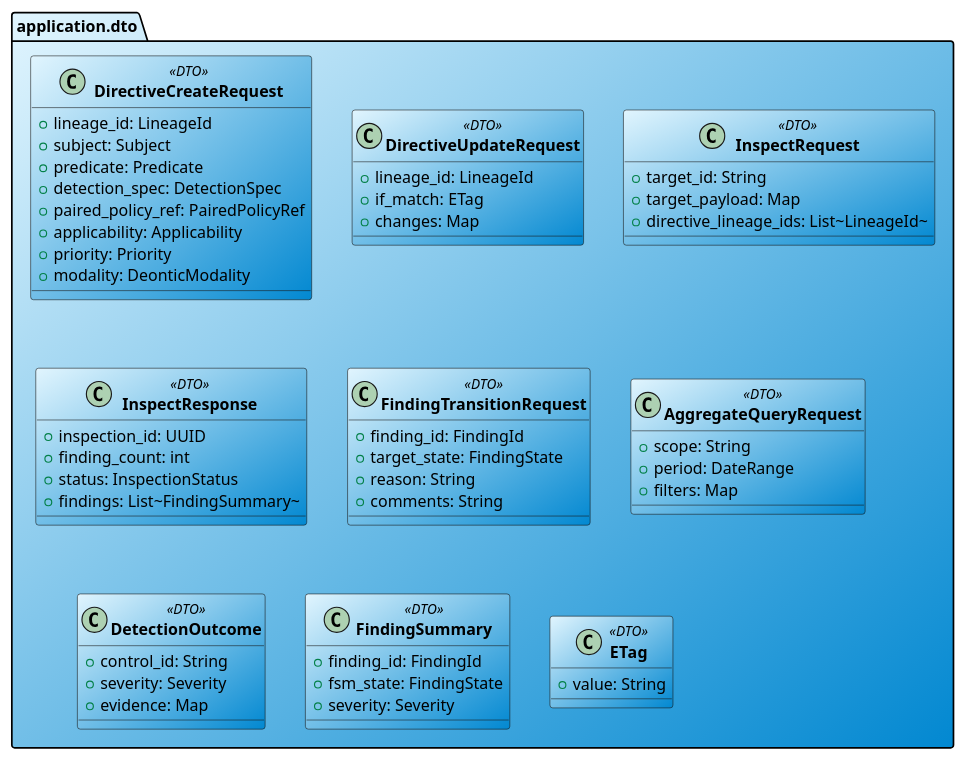
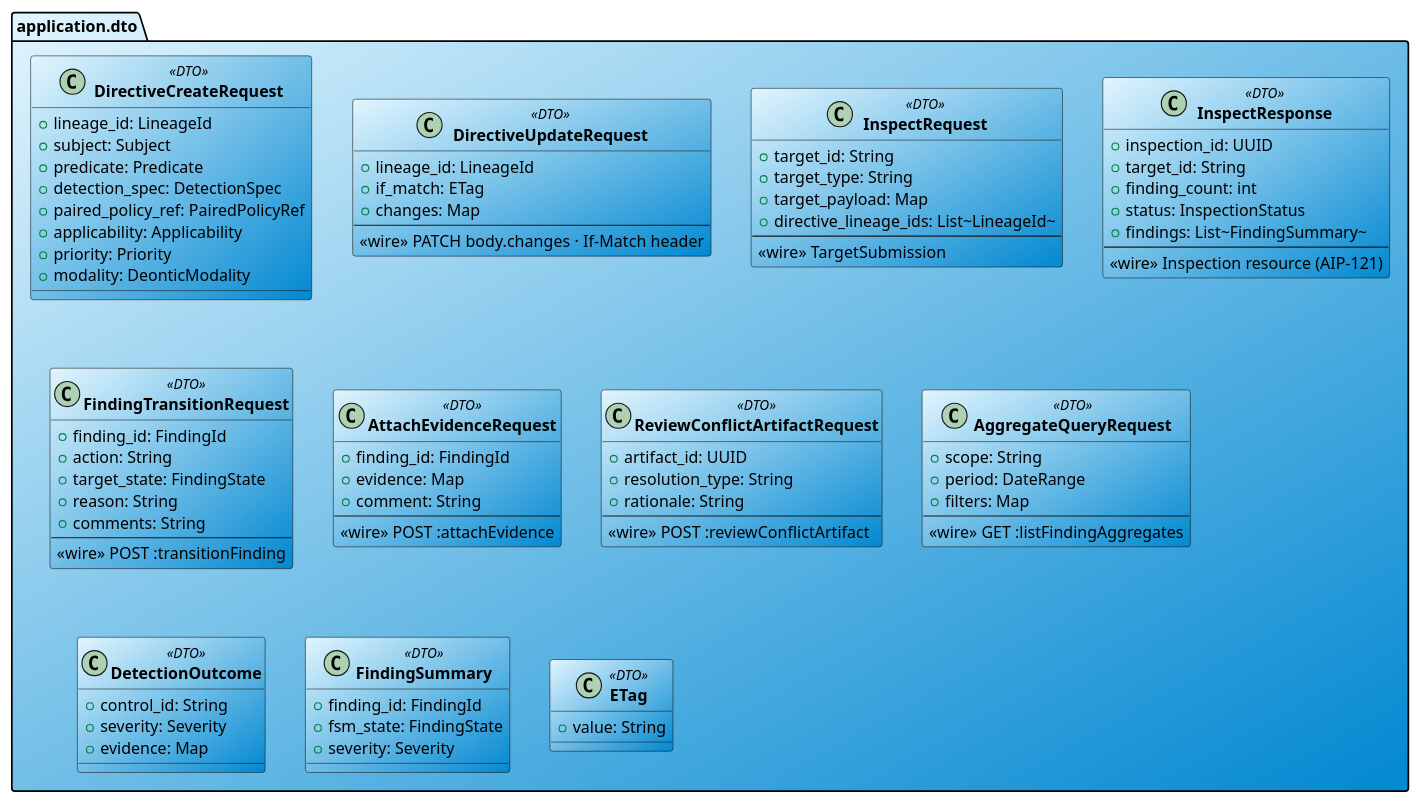
The diagram in docs/class/common/cd_section_app_dto.puml (salimnamvar/selma), drawn with PlantUML before and after one commit. The commit also changed 26 other files, not shown here.

```diff
--- a/docs/class/common/cd_section_app_dto.puml
+++ b/docs/class/common/cd_section_app_dto.puml
@@ -1,67 +1,96 @@
 ' Section: cd_section_app_dto.puml
 
 package "application.dto" as DTO_PKG #E1F5FE/0288D1 {
 
   class "**DirectiveCreateRequest**" as DirectiveCreateRequest <<DTO>> #E1F5FE/0288D1 {
     + lineage_id: LineageId
     + subject: Subject
     + predicate: Predicate
     + detection_spec: DetectionSpec
     + paired_policy_ref: PairedPolicyRef
     + applicability: Applicability
     + priority: Priority
     + modality: DeonticModality
   }
 
   class "**DirectiveUpdateRequest**" as DirectiveUpdateRequest <<DTO>> #E1F5FE/0288D1 {
     + lineage_id: LineageId
     + if_match: ETag
     + changes: Map
+    --
+    <<wire>> PATCH body.changes · If-Match header
   }
 
   class "**InspectRequest**" as InspectRequest <<DTO>> #E1F5FE/0288D1 {
     + target_id: String
+    + target_type: String
     + target_payload: Map
     + directive_lineage_ids: List~LineageId~
+    --
+    <<wire>> TargetSubmission
   }
 
   class "**InspectResponse**" as InspectResponse <<DTO>> #E1F5FE/0288D1 {
     + inspection_id: UUID
+    + target_id: String
     + finding_count: int
     + status: InspectionStatus
     + findings: List~FindingSummary~
+    --
+    <<wire>> Inspection resource (AIP-121)
   }
 
   class "**FindingTransitionRequest**" as FindingTransitionRequest <<DTO>> #E1F5FE/0288D1 {
     + finding_id: FindingId
+    + action: String
     + target_state: FindingState
     + reason: String
     + comments: String
+    --
+    <<wire>> POST :transitionFinding
+  }
+
+  class "**AttachEvidenceRequest**" as AttachEvidenceRequest <<DTO>> #E1F5FE/0288D1 {
+    + finding_id: FindingId
+    + evidence: Map
+    + comment: String
+    --
+    <<wire>> POST :attachEvidence
+  }
+
+  class "**ReviewConflictArtifactRequest**" as ReviewConflictArtifactRequest <<DTO>> #E1F5FE/0288D1 {
+    + artifact_id: UUID
+    + resolution_type: String
+    + rationale: String
+    --
+    <<wire>> POST :reviewConflictArtifact
   }
 
   class "**AggregateQueryRequest**" as AggregateQueryRequest <<DTO>> #E1F5FE/0288D1 {
     + scope: String
     + period: DateRange
     + filters: Map
+    --
+    <<wire>> GET :listFindingAggregates
   }
 
   class "**DetectionOutcome**" as DetectionOutcome <<DTO>> #E1F5FE/0288D1 {
     + control_id: String
     + severity: Severity
     + evidence: Map
   }
 
   class "**FindingSummary**" as FindingSummary <<DTO>> #E1F5FE/0288D1 {
     + finding_id: FindingId
     + fsm_state: FindingState
     + severity: Severity
   }
 
   class "**ETag**" as ETag <<DTO>> #E1F5FE/0288D1 {
     + value: String
   }
 }
 
 ' ═══════════════════════════════════════════════════════════
 '  directives_application
 ' ═══════════════════════════════════════════════════════════
```
